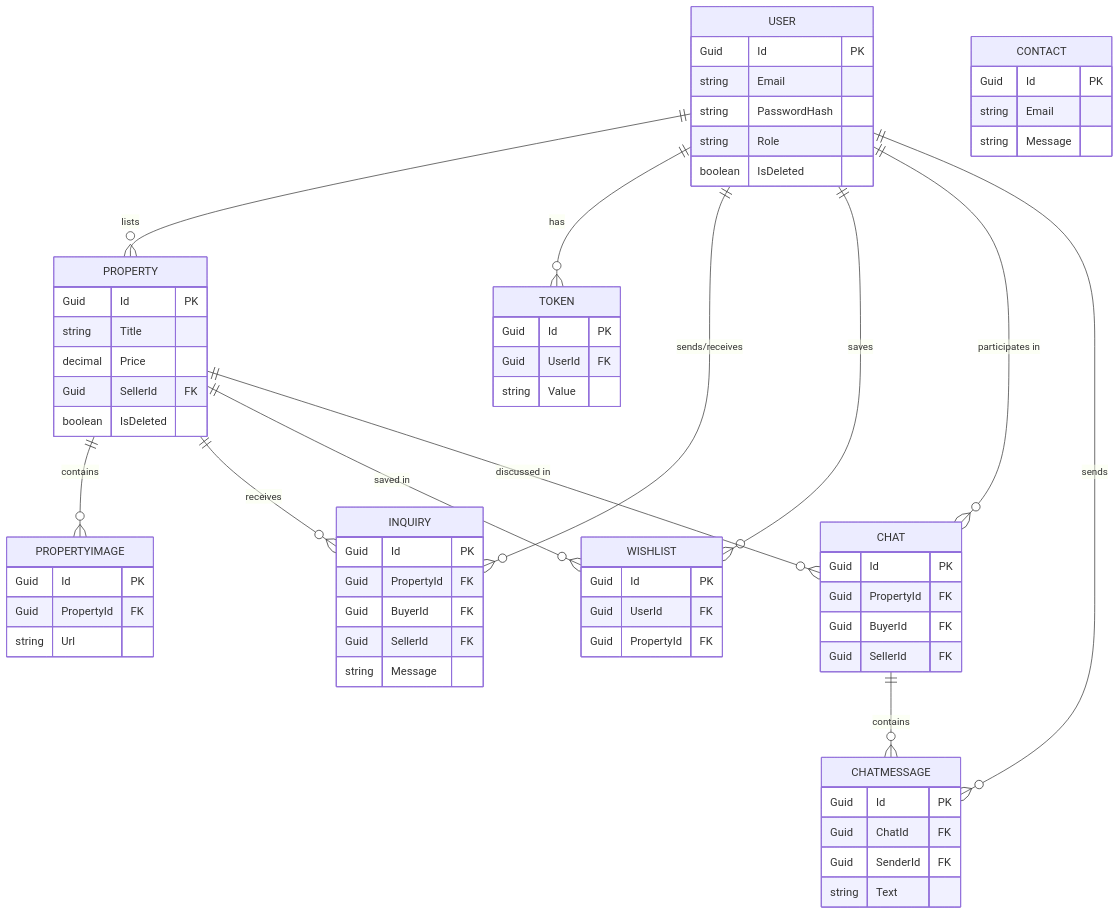
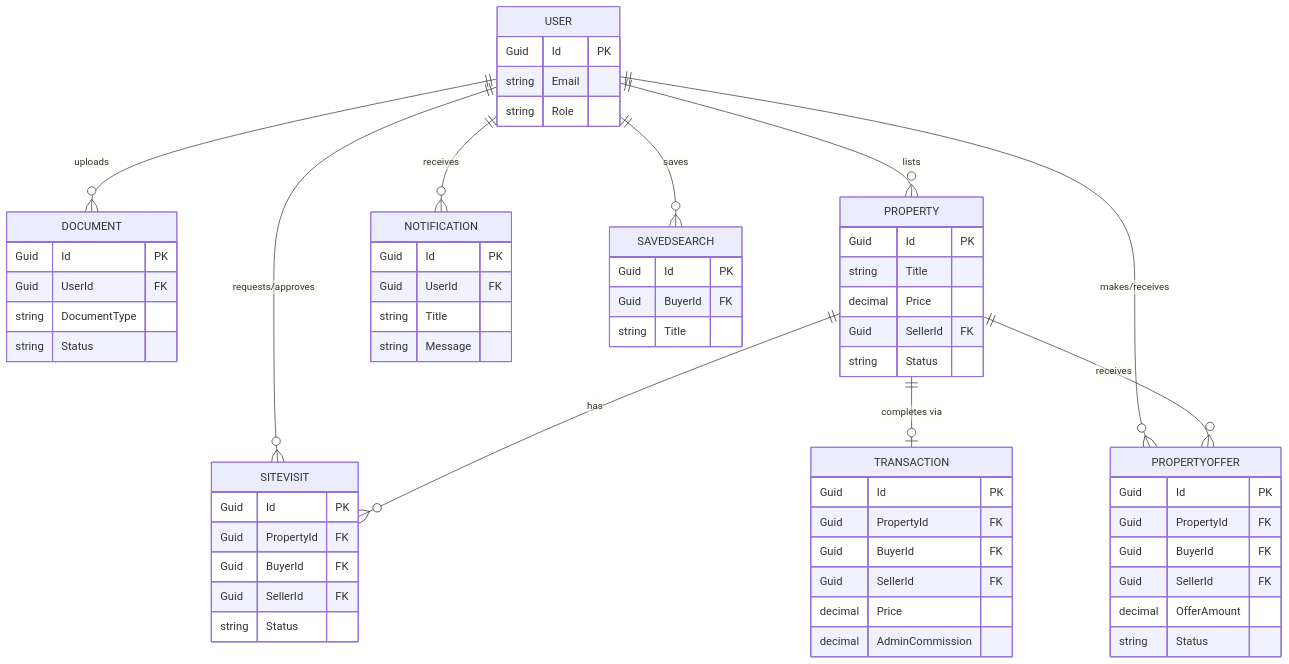
One commit to itsvikaskumardev/Real-Estate-Management-System- changed the second of 2 diagrams in Technical_Documentation.md. Above: the diagram before and after it, drawn with Mermaid. The commit also changed other lines of this file and 10 other files, not shown here.

````diff
--- a/Technical_Documentation.md
+++ b/Technical_Documentation.md
@@ -179,68 +153,67 @@
 ```mermaid
 erDiagram
     USER {
         Guid Id PK
         string Email
-        string PasswordHash
         string Role
-        boolean IsDeleted
     }
-    TOKEN {
+    DOCUMENT {
         Guid Id PK
         Guid UserId FK
-        string Value
+        string DocumentType
+        string Status
     }
     PROPERTY {
         Guid Id PK
         string Title
         decimal Price
         Guid SellerId FK
-        boolean IsDeleted
+        string Status
     }
-    PROPERTYIMAGE {
-        Guid Id PK
-        Guid PropertyId FK
-        string Url
-    }
-    INQUIRY {
+    SITEVISIT {
         Guid Id PK
         Guid PropertyId FK
         Guid BuyerId FK
         Guid SellerId FK
-        string Message
+        string Status
     }
-    WISHLIST {
-        Guid Id PK
-        Guid UserId FK
-        Guid PropertyId FK
-    }
-    CHAT {
+    PROPERTYOFFER {
         Guid Id PK
         Guid PropertyId FK
         Guid BuyerId FK
         Guid SellerId FK
+        decimal OfferAmount
+        string Status
     }
-    CHATMESSAGE {
+    TRANSACTION {
         Guid Id PK
-        Guid ChatId FK
-        Guid SenderId FK
-        string Text
+        Guid PropertyId FK
+        Guid BuyerId FK
+        Guid SellerId FK
+        decimal Price
+        decimal AdminCommission
     }
-    CONTACT {
+    NOTIFICATION {
         Guid Id PK
-        string Email
+        Guid UserId FK
+        string Title
         string Message
     }
+    SAVEDSEARCH {
+        Guid Id PK
+        Guid BuyerId FK
+        string Title
+    }
 
+    USER ||--o{ DOCUMENT : "uploads"
     USER ||--o{ PROPERTY : "lists"
-    USER ||--o{ TOKEN : "has"
-    PROPERTY ||--o{ PROPERTYIMAGE : "contains"
-    PROPERTY ||--o{ INQUIRY : "receives"
-    USER ||--o{ INQUIRY : "sends/receives"
-    USER ||--o{ WISHLIST : "saves"
-    PROPERTY ||--o{ WISHLIST : "saved in"
-    USER ||--o{ CHAT : "participates in"
-    PROPERTY ||--o{ CHAT : "discussed in"
-    CHAT ||--o{ CHATMESSAGE : "contains"
-    USER ||--o{ CHATMESSAGE : "sends"
+    USER ||--o{ SAVEDSEARCH : "saves"
+    USER ||--o{ NOTIFICATION : "receives"
+    
+    PROPERTY ||--o{ SITEVISIT : "has"
+    PROPERTY ||--o{ PROPERTYOFFER : "receives"
+    PROPERTY ||--o| TRANSACTION : "completes via"
+    
+    USER ||--o{ SITEVISIT : "requests/approves"
+    USER ||--o{ PROPERTYOFFER : "makes/receives"
 ```
````
